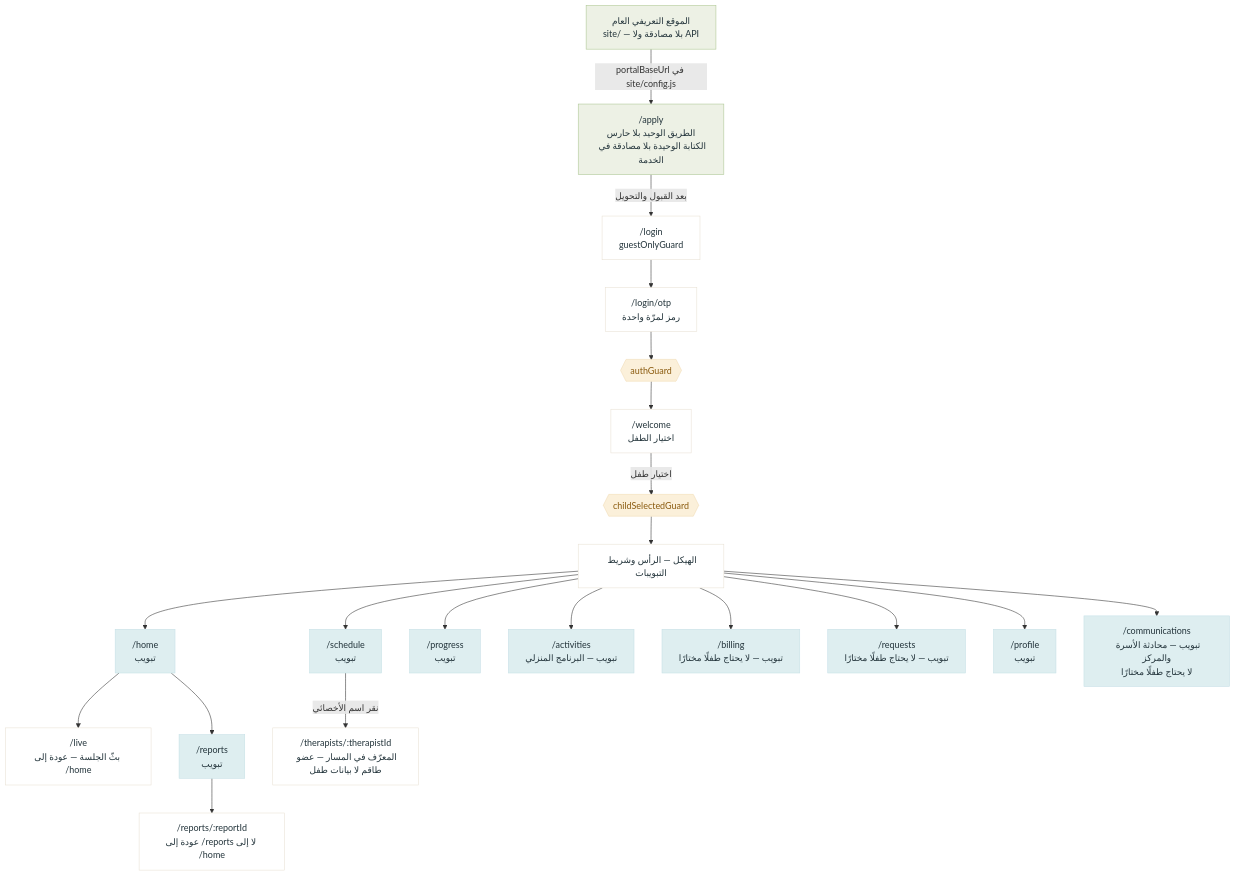
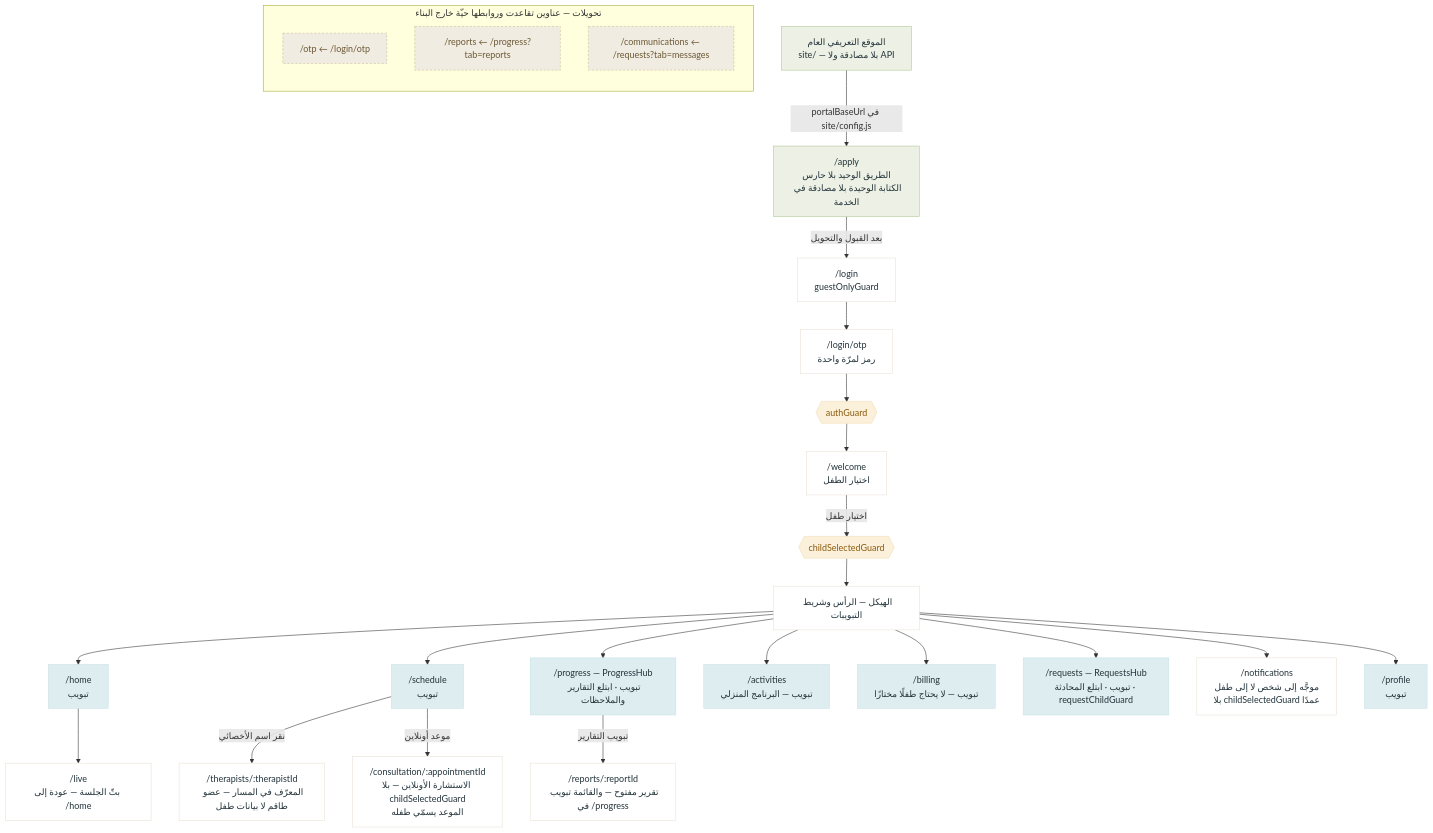
One commit to mahmoudgad-hub/HandByHand changed the diagram in figma/flow/src/02-parent-portal.mmd. Above: the diagram before and after it, drawn with Mermaid. The commit also changed 7 other files, not shown here.

```diff
--- a/figma/flow/src/02-parent-portal.mmd
+++ b/figma/flow/src/02-parent-portal.mmd
@@ -1,43 +1,64 @@
 %% بوّابة وليّ الأمر — خريطة الملاحة
 %% المصدر: web/portal/src/app/app.routes.ts (مستخرَجة حرفيًا)
+%% الأرض: 2026-09-19 · ١٦٢ ملفّ *.up.sql على القرص، أقصى رقم 0162 (رقم القرص لا المطبَّق)
+%% ١٦ شاشة. والعدّ — لأنّ رقمًا بلا تعريفه لا يُعاد قياسه: قيم path: في
+%% app.routes.ts، مطروحًا منها كل إدخال فيه redirectTo، وpath: '**'، وpath: ''.
+%% وlogin/otp تُعدّ إطارًا مستقلًّا، والتبويبات داخل الشاشات لا تُعدّ.
+%% ---
 %% لا مسار في هذا التطبيق يحمل معرّف طفل: الطفل المختار يعيش في ChildContextService،
 %% لأنّ تعديل شريط العنوان لا يجوز أن يوحي بأنّه يغيّر ما يُرى — الخادم هو من يقرّر.
+%% والاستثناءان يؤكّدان القاعدة: الأخصائي عضو طاقم والخدمة تُخفي على الصفّ، والموعد
+%% تُعيد authorize_meeting_entry السؤال عن صاحبه في كل نداء فيُجاب الغريب 404.
+%% ---
+%% تنبيه لمن يعدّل: لا تترك سطر تعليق فارغًا (%% وحده) — Mermaid 11 يقرؤه موجّهًا فيفشل.
+%% وبعد كل تعديل هنا: bash scripts/sync-figma-preview.sh (preview.html ناتج بناء).
+%% ولا يحرسه فحص: لا شيء يمنع هذا الملفّ من الانحراف ثانيةً. الأرقام فيه دقيقة
+%% لحظةَ قياسها لا بعدها — شُكَّ فيها وأعد القياس بالأوامر المكتوبة أعلاه.
 flowchart TB
   classDef public fill:#EDF1E5,stroke:#ADC793,color:#22333A
   classDef auth   fill:#FFFFFF,stroke:#E8E1D4,color:#22333A
   classDef tab    fill:#DEEEF0,stroke:#C6E0E7,color:#22333A
   classDef guard  fill:#FBF0DA,stroke:#F0DCB4,color:#8A5A0E
+  classDef moved  fill:#F1ECE1,stroke:#C9B99A,stroke-dasharray:4 3,color:#6B5836
 
   SITE["الموقع التعريفي العام<br/>site/ — بلا مصادقة ولا API"]:::public
   APPLY["/apply<br/>الطريق الوحيد بلا حارس<br/>الكتابة الوحيدة بلا مصادقة في الخدمة"]:::public
 
   LOGIN["/login<br/>guestOnlyGuard"]:::auth
   OTP["/login/otp<br/>رمز لمرّة واحدة"]:::auth
   G1{{"authGuard"}}:::guard
   WELCOME["/welcome<br/>اختيار الطفل"]:::auth
   G2{{"childSelectedGuard"}}:::guard
 
   SHELL["الهيكل — الرأس وشريط التبويبات"]:::auth
 
   HOME["/home<br/>تبويب"]:::tab
   SCHED["/schedule<br/>تبويب"]:::tab
-  PROG["/progress<br/>تبويب"]:::tab
+  PROG["/progress — ProgressHub<br/>تبويب · ابتلع التقارير والملاحظات"]:::tab
   ACT["/activities<br/>تبويب — البرنامج المنزلي"]:::tab
   LIVE["/live<br/>بثّ الجلسة — عودة إلى /home"]:::auth
-  REPS["/reports<br/>تبويب"]:::tab
-  REP["/reports/:reportId<br/>عودة إلى /reports لا إلى /home"]:::auth
+  REP["/reports/:reportId<br/>تقرير مفتوح — والقائمة تبويب في /progress"]:::auth
+  CONS["/consultation/:appointmentId<br/>الاستشارة الأونلاين — بلا childSelectedGuard<br/>الموعد يسمّي طفله"]:::auth
   BILL["/billing<br/>تبويب — لا يحتاج طفلًا مختارًا"]:::tab
-  REQ["/requests<br/>تبويب — لا يحتاج طفلًا مختارًا"]:::tab
+  REQ["/requests — RequestsHub<br/>تبويب · ابتلع المحادثة · requestChildGuard"]:::tab
   THER["/therapists/:therapistId<br/>المعرّف في المسار — عضو طاقم لا بيانات طفل"]:::auth
+  NOTIF["/notifications<br/>موجَّه إلى شخص لا إلى طفل<br/>بلا childSelectedGuard عمدًا"]:::auth
   PROF["/profile<br/>تبويب"]:::tab
-  COMM["/communications<br/>تبويب — محادثة الأسرة والمركز<br/>لا يحتاج طفلًا مختارًا"]:::tab
 
   SITE -->|"portalBaseUrl في site/config.js"| APPLY
   APPLY -->|"بعد القبول والتحويل"| LOGIN
   LOGIN --> OTP --> G1 --> WELCOME
   WELCOME -->|"اختيار طفل"| G2
   G2 --> SHELL
-  SHELL --> HOME & SCHED & PROG & ACT & BILL & REQ & COMM & PROF
+  SHELL --> HOME & SCHED & PROG & ACT & BILL & REQ & NOTIF & PROF
   HOME --> LIVE
-  HOME --> REPS --> REP
+  PROG -->|"تبويب التقارير"| REP
   SCHED -->|"نقر اسم الأخصائي"| THER
+  SCHED -->|"موعد أونلاين"| CONS
+
+  subgraph MOVED["تحويلات — عناوين تقاعدت وروابطها حيّة خارج البناء"]
+    direction TB
+    M1["/otp ← /login/otp"]:::moved
+    M2["/reports ← /progress?tab=reports"]:::moved
+    M3["/communications ← /requests?tab=messages"]:::moved
+  end
```
